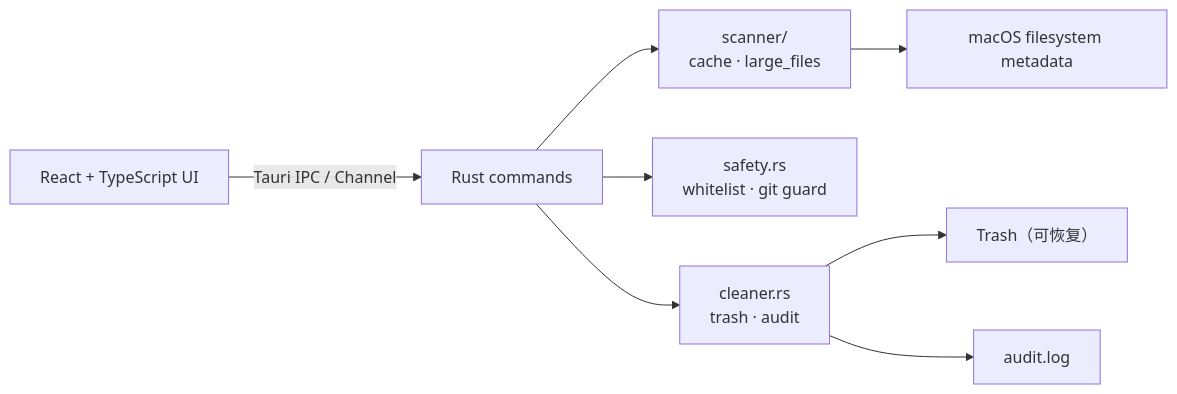
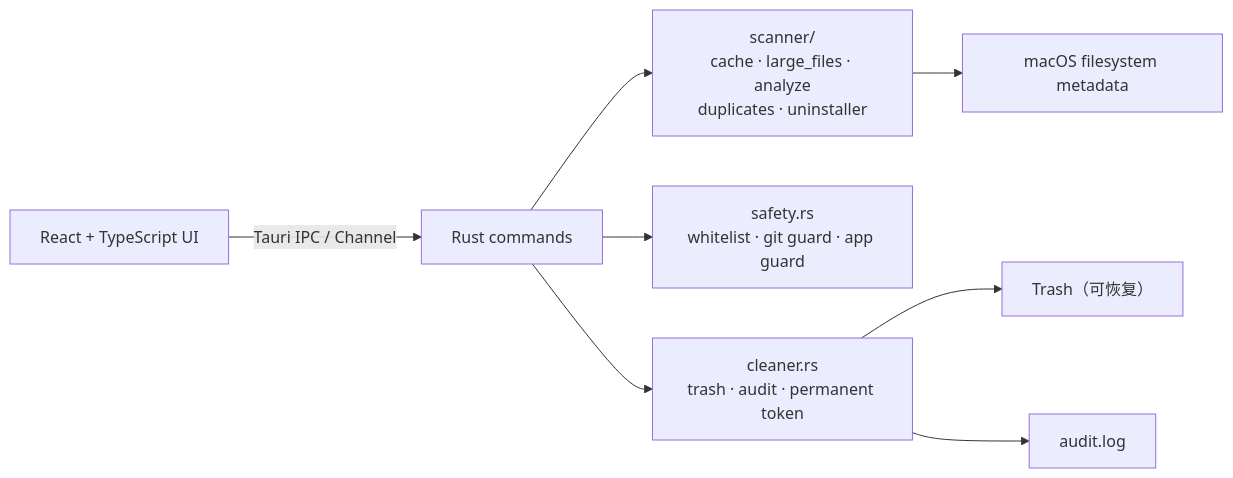
The diagram in README.md (ldyTomorrow/SpaceSweeper), drawn with Mermaid before and after one commit. The commit also changed other lines of this file and 37 other files, not shown here.

First line of the commit message:
feat(app): complete P1-P3 modules and safe deletion flows

````diff
--- a/README.md
+++ b/README.md
@@ -69,10 +76,10 @@
 ```mermaid
 flowchart LR
   UI["React + TypeScript UI"] -->|"Tauri IPC / Channel"| CMD["Rust commands"]
-  CMD --> SCAN["scanner/<br/>cache · large_files"]
-  CMD --> SAFETY["safety.rs<br/>whitelist · git guard"]
-  CMD --> CLEANER["cleaner.rs<br/>trash · audit"]
+  CMD --> SCAN["scanner/<br/>cache · large_files · analyze<br/>duplicates · uninstaller"]
+  CMD --> SAFETY["safety.rs<br/>whitelist · git guard · app guard"]
+  CMD --> CLEANER["cleaner.rs<br/>trash · audit · permanent token"]
   SCAN --> FS["macOS filesystem metadata"]
   CLEANER --> TRASH["Trash（可恢复）"]
   CLEANER --> LOG["audit.log"]
 ```
````
